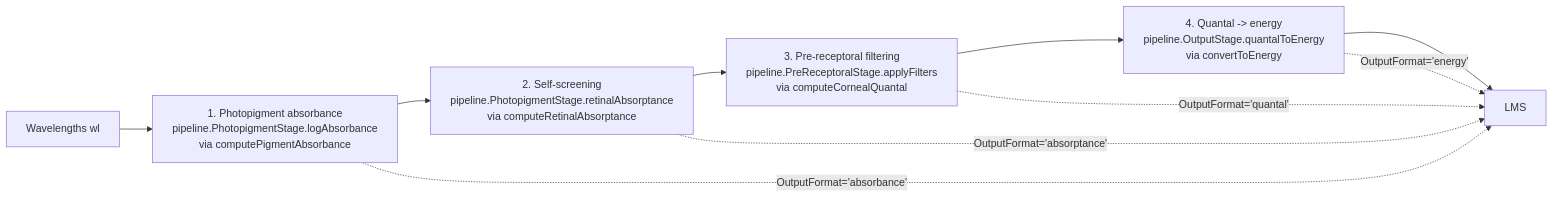
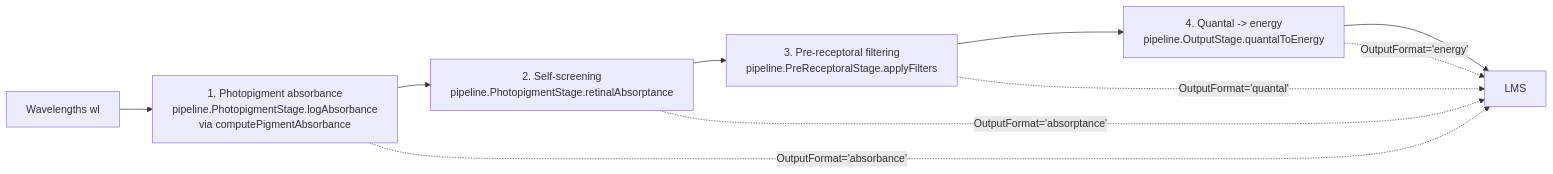
One commit to sfu-cs-vision-lab/individual-cmfs-matlab changed the second of 3 diagrams in ARCHITECTURE.md. Above: the diagram before and after it, drawn with Mermaid. The commit also changed other lines of this file and 1 other file, not shown here.

````diff
--- a/ARCHITECTURE.md
+++ b/ARCHITECTURE.md
@@ -144,13 +142,13 @@
 ```mermaid
 flowchart LR
     Input[Wavelengths wl] --> S1
     S1[1. Photopigment absorbance<br/>pipeline.PhotopigmentStage.logAbsorbance<br/>via computePigmentAbsorbance]
-    S2[2. Self-screening<br/>pipeline.PhotopigmentStage.retinalAbsorptance<br/>via computeRetinalAbsorptance]
-    S3[3. Pre-receptoral filtering<br/>pipeline.PreReceptoralStage.applyFilters<br/>via computeCornealQuantal]
-    S4[4. Quantal -> energy<br/>pipeline.OutputStage.quantalToEnergy<br/>via convertToEnergy]
+    S2[2. Self-screening<br/>pipeline.PhotopigmentStage.retinalAbsorptance]
+    S3[3. Pre-receptoral filtering<br/>pipeline.PreReceptoralStage.applyFilters]
+    S4[4. Quantal -> energy<br/>pipeline.OutputStage.quantalToEnergy]
     S1 --> S2 --> S3 --> S4 --> Out
     S1 -.->|"OutputFormat='absorbance'"| Out[LMS]
     S2 -.->|"OutputFormat='absorptance'"| Out
     S3 -.->|"OutputFormat='quantal'"| Out
     S4 -.->|"OutputFormat='energy'"| Out
 ```
````
